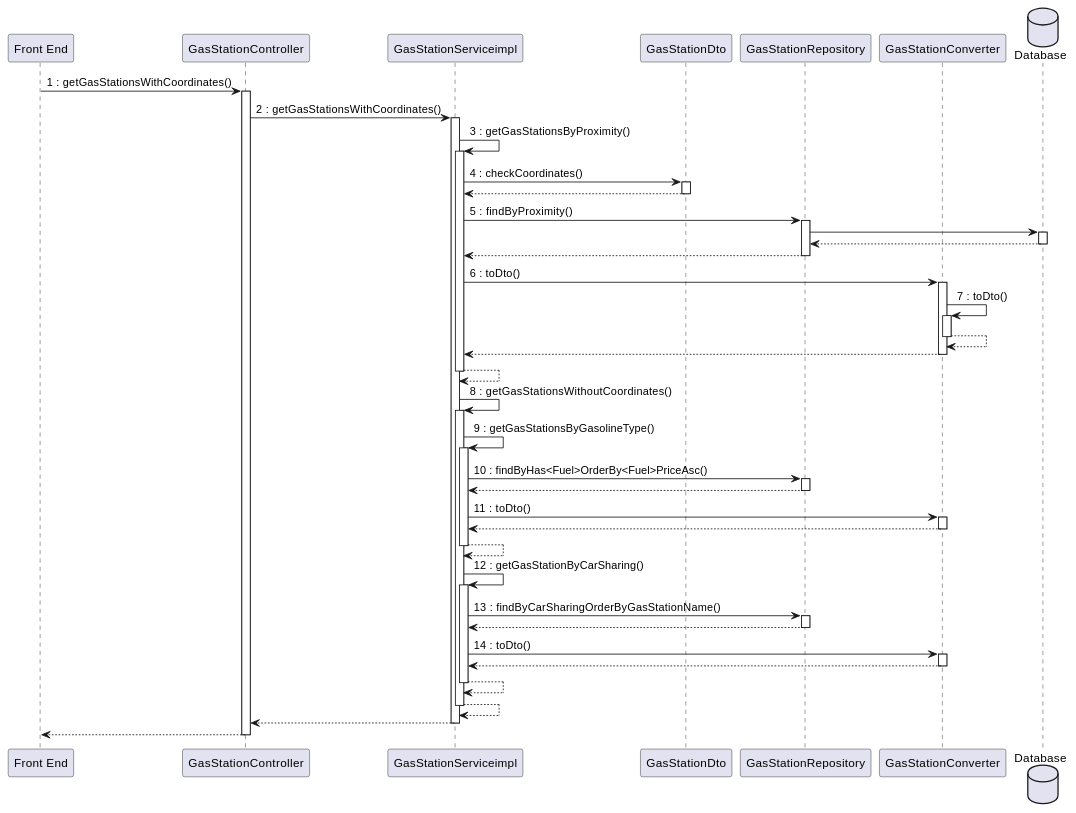
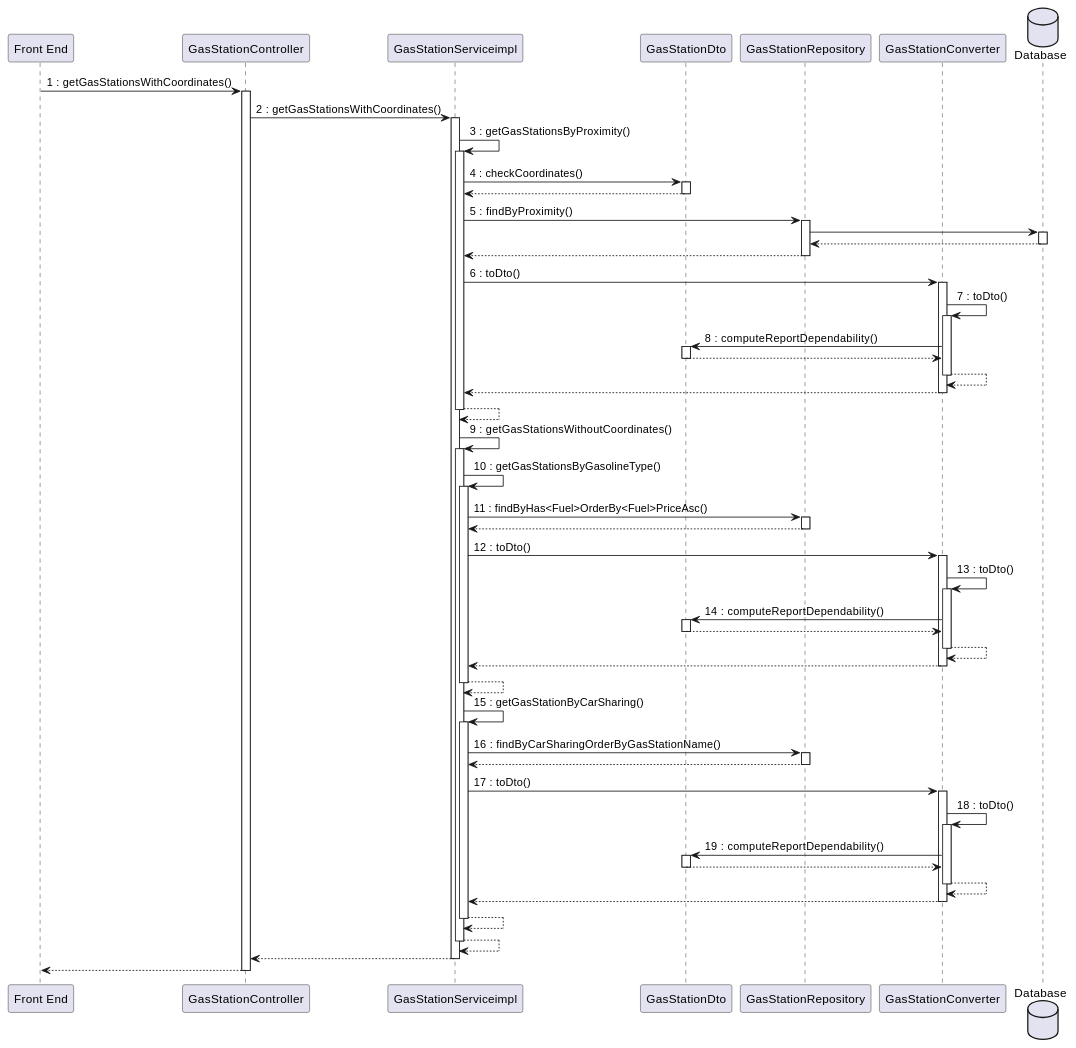
Before and after one commit to mosTavassoli/ezgas: diagram 12 of 15 in docs/DesignDocument.md, drawn with PlantUML. The commit also changed other lines of this file, not shown here.

Commit message:
docs(DesignDocument): edit sequence diagram and numbering

````diff
--- a/docs/DesignDocument.md
+++ b/docs/DesignDocument.md
@@ -926,54 +929,68 @@
 ```plantuml
 database Database order 30
 "Front End" -> GasStationController:1 : getGasStationsWithCoordinates()
 activate GasStationController
 GasStationController -> GasStationServiceimpl:2 : getGasStationsWithCoordinates()
 activate GasStationServiceimpl
 
 GasStationServiceimpl -> GasStationServiceimpl: 3 : getGasStationsByProximity()
 activate GasStationServiceimpl
 GasStationServiceimpl -> GasStationDto: 4 : checkCoordinates()
 activate GasStationDto
 return
 
 
 GasStationServiceimpl -> GasStationRepository: 5 : findByProximity()
 activate GasStationRepository
 GasStationRepository -> Database
 activate Database
 return
 return
 GasStationServiceimpl -> GasStationConverter: 6 : toDto()
 activate GasStationConverter
 GasStationConverter -> GasStationConverter: 7 : toDto()
 activate GasStationConverter
+GasStationConverter -> GasStationDto:8 : computeReportDependability()
+activate GasStationDto
+return
 return
 return
 return
 
-GasStationServiceimpl -> GasStationServiceimpl: 8 : getGasStationsWithoutCoordinates()
+GasStationServiceimpl -> GasStationServiceimpl: 9 : getGasStationsWithoutCoordinates()
 activate GasStationServiceimpl
-GasStationServiceimpl -> GasStationServiceimpl: 9 : getGasStationsByGasolineType()
+GasStationServiceimpl -> GasStationServiceimpl: 10 : getGasStationsByGasolineType()
 activate GasStationServiceimpl
-GasStationServiceimpl ->GasStationRepository: 10 : findByHas<Fuel>OrderBy<Fuel>PriceAsc()
+GasStationServiceimpl ->GasStationRepository: 11 : findByHas<Fuel>OrderBy<Fuel>PriceAsc()
 activate GasStationRepository
 return
-GasStationServiceimpl -> GasStationConverter: 11 : toDto()
+GasStationServiceimpl -> GasStationConverter: 12 : toDto()
 activate GasStationConverter
-
+GasStationConverter -> GasStationConverter: 13 : toDto()
+activate GasStationConverter
+GasStationConverter -> GasStationDto:14 : computeReportDependability()
+activate GasStationDto
+return
+return
 return
 
 return
-GasStationServiceimpl -> GasStationServiceimpl: 12 : getGasStationByCarSharing()
+GasStationServiceimpl -> GasStationServiceimpl: 15 : getGasStationByCarSharing()
 activate GasStationServiceimpl
-GasStationServiceimpl -> GasStationRepository: 13 : findByCarSharingOrderByGasStationName()
+GasStationServiceimpl -> GasStationRepository: 16 : findByCarSharingOrderByGasStationName()
 activate GasStationRepository
 return
-GasStationServiceimpl -> GasStationConverter: 14 : toDto()
+GasStationServiceimpl -> GasStationConverter: 17 : toDto()
 activate GasStationConverter
+GasStationConverter -> GasStationConverter: 18 : toDto()
+activate GasStationConverter
+GasStationConverter -> GasStationDto:19 : computeReportDependability()
+activate GasStationDto
+return
+return
 return
 return
 return
 return
 return
 ```
````
